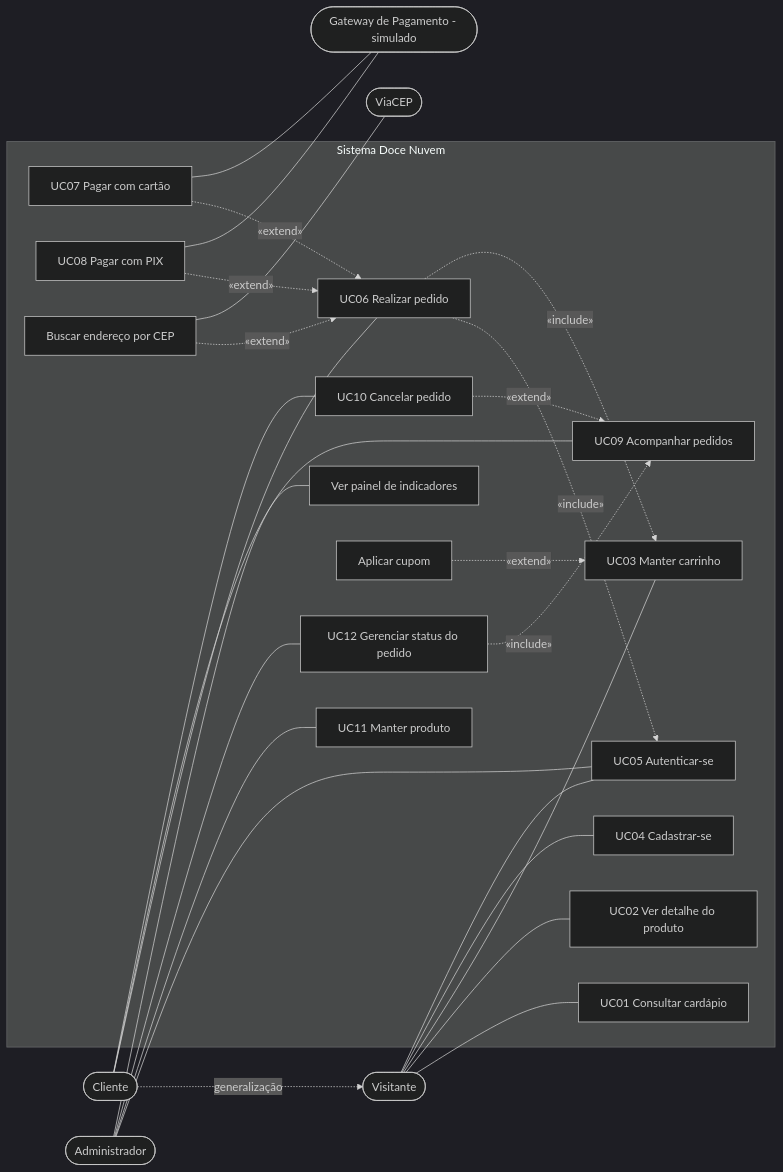
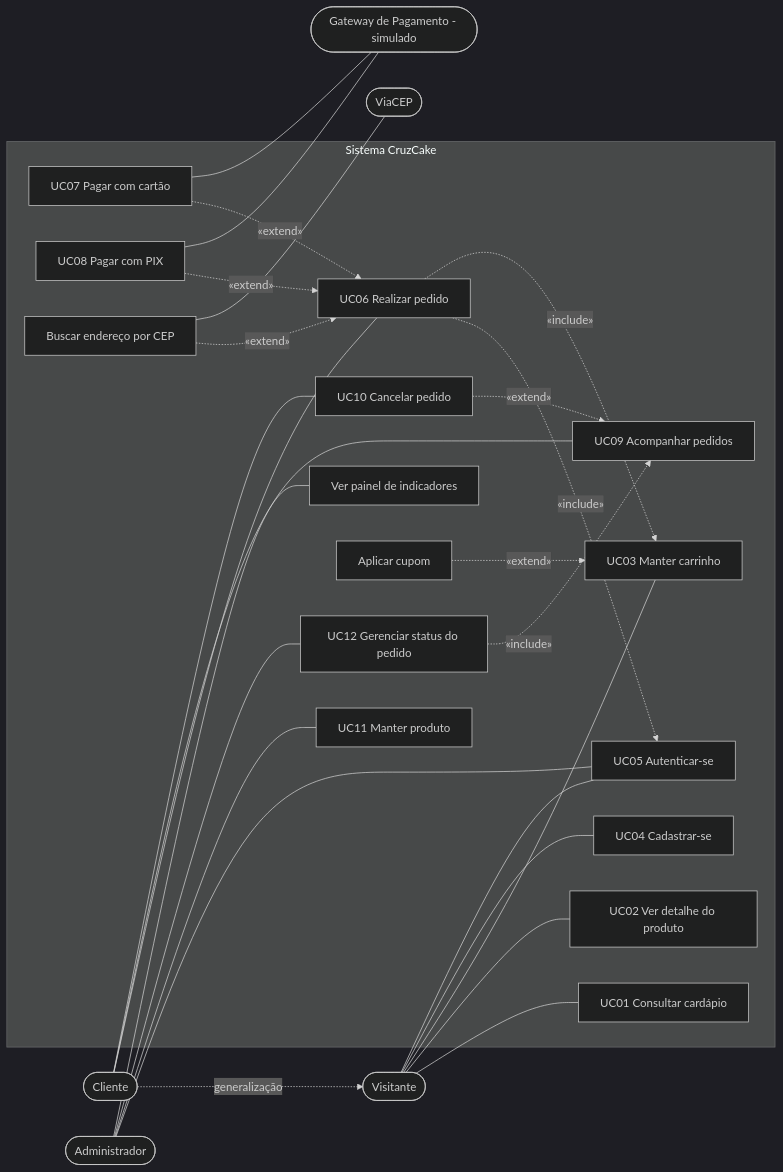
Before and after one commit to massacruabusy/CruzCake_PIT2: the diagram in docs/situacao-1-planejamento/04-casos-de-uso.md, drawn with Mermaid (dark theme). The commit also changed other lines of this file and 56 other files, not shown here.

First line of the commit message:
Marca CruzCake: novo nome, logo estrela + cupcake e paleta azul/laranja

````diff
--- a/docs/situacao-1-planejamento/04-casos-de-uso.md
+++ b/docs/situacao-1-planejamento/04-casos-de-uso.md
@@ -17,53 +17,53 @@
 ```mermaid
 flowchart LR
     VIS(["Visitante"])
     CLI(["Cliente"])
     ADM(["Administrador"])
     GW(["Gateway de Pagamento - simulado"])
     CEP(["ViaCEP"])
 
-    subgraph SIS["Sistema Doce Nuvem"]
+    subgraph SIS["Sistema CruzCake"]
         UC01["UC01 Consultar cardápio"]
         UC02["UC02 Ver detalhe do produto"]
         UC03["UC03 Manter carrinho"]
         UC04["UC04 Cadastrar-se"]
         UC05["UC05 Autenticar-se"]
         UC06["UC06 Realizar pedido"]
         UC07["UC07 Pagar com cartão"]
         UC08["UC08 Pagar com PIX"]
         UC09["UC09 Acompanhar pedidos"]
         UC10["UC10 Cancelar pedido"]
         UC11["UC11 Manter produto"]
         UC12["UC12 Gerenciar status do pedido"]
         UCA["Aplicar cupom"]
         UCB["Buscar endereço por CEP"]
         UCP["Ver painel de indicadores"]
     end
 
     VIS --- UC01
     VIS --- UC02
     VIS --- UC03
     VIS --- UC04
     VIS --- UC05
     CLI -. "generalização" .-> VIS
     CLI --- UC06
     CLI --- UC09
     CLI --- UC10
     ADM --- UC05
     ADM --- UC11
     ADM --- UC12
     ADM --- UCP
 
     UC06 -. "«include»" .-> UC05
     UC06 -. "«include»" .-> UC03
     UC07 -. "«extend»" .-> UC06
     UC08 -. "«extend»" .-> UC06
     UCA -. "«extend»" .-> UC03
     UCB -. "«extend»" .-> UC06
     UC10 -. "«extend»" .-> UC09
     UC12 -. "«include»" .-> UC09
 
     UC07 --- GW
     UC08 --- GW
     UCB --- CEP
 ```
````
